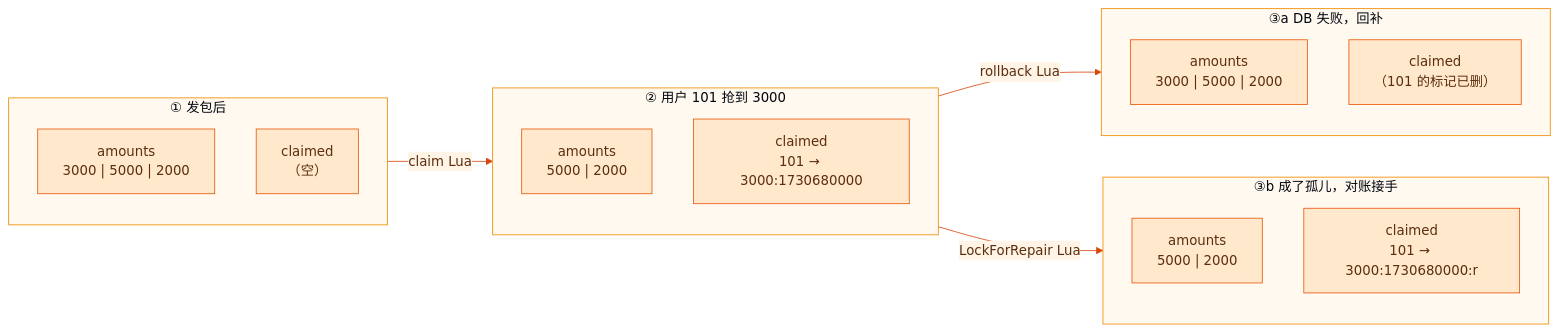
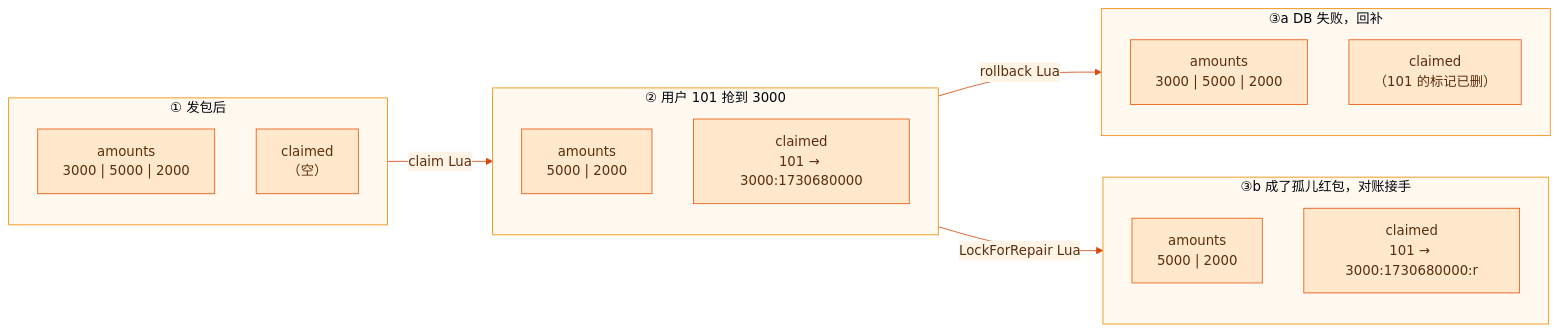
The sixth of 24 diagrams in docs/lecture/18-redpacket.md (RedInn7/gomall), drawn with Mermaid before and after one commit. The commit also changed other lines of this file and 1 other file, not shown here.

Commit message:
红包讲义：补全状态图箭头，统一称为孤儿红包

````diff
--- a/docs/lecture/18-redpacket.md
+++ b/docs/lecture/18-redpacket.md
@@ -162,27 +162,27 @@
 ```mermaid
 %%{init: {'theme':'base','themeVariables':{'fontFamily':'PingFang SC, Microsoft YaHei, sans-serif','background':'#FFFBF5','primaryColor':'#FFE8CC','primaryBorderColor':'#E8590C','primaryTextColor':'#5C2E0E','secondaryColor':'#FFF4E6','tertiaryColor':'#FFF9F0','lineColor':'#D9480F','textColor':'#5C2E0E','clusterBkg':'#FFF9F0','clusterBorder':'#F08C00','edgeLabelBackground':'#FFF4E6','actorBkg':'#FFD8A8','actorBorder':'#E8590C','actorTextColor':'#5C2E0E','actorLineColor':'#F08C00','signalColor':'#C2410C','signalTextColor':'#5C2E0E','noteBkgColor':'#FFF3BF','noteBorderColor':'#F08C00','noteTextColor':'#5C2E0E','activationBkgColor':'#FFC078','activationBorderColor':'#E8590C','labelBoxBkgColor':'#FFE8CC','labelBoxBorderColor':'#E8590C','labelTextColor':'#5C2E0E','loopTextColor':'#5C2E0E'}}}%%
 flowchart LR
     subgraph T0 ["① 发包后"]
         direction TB
         L0["amounts<br/>3000 | 5000 | 2000"]
         H0["claimed<br/>（空）"]
     end
     subgraph T1 ["② 用户 101 抢到 3000"]
         direction TB
         L1["amounts<br/>5000 | 2000"]
         H1["claimed<br/>101 → 3000:1730680000"]
     end
     subgraph T2a ["③a DB 失败，回补"]
         direction TB
         L2["amounts<br/>3000 | 5000 | 2000"]
         H2["claimed<br/>（101 的标记已删）"]
     end
-    subgraph T2b ["③b 成了孤儿，对账接手"]
+    subgraph T2b ["③b 成了孤儿红包，对账接手"]
         direction TB
         L3["amounts<br/>5000 | 2000"]
         H3["claimed<br/>101 → 3000:1730680000:r"]
     end
     T0 -- "claim Lua" --> T1
     T1 -- "rollback Lua" --> T2a
     T1 -- "LockForRepair Lua" --> T2b
 ```
````
